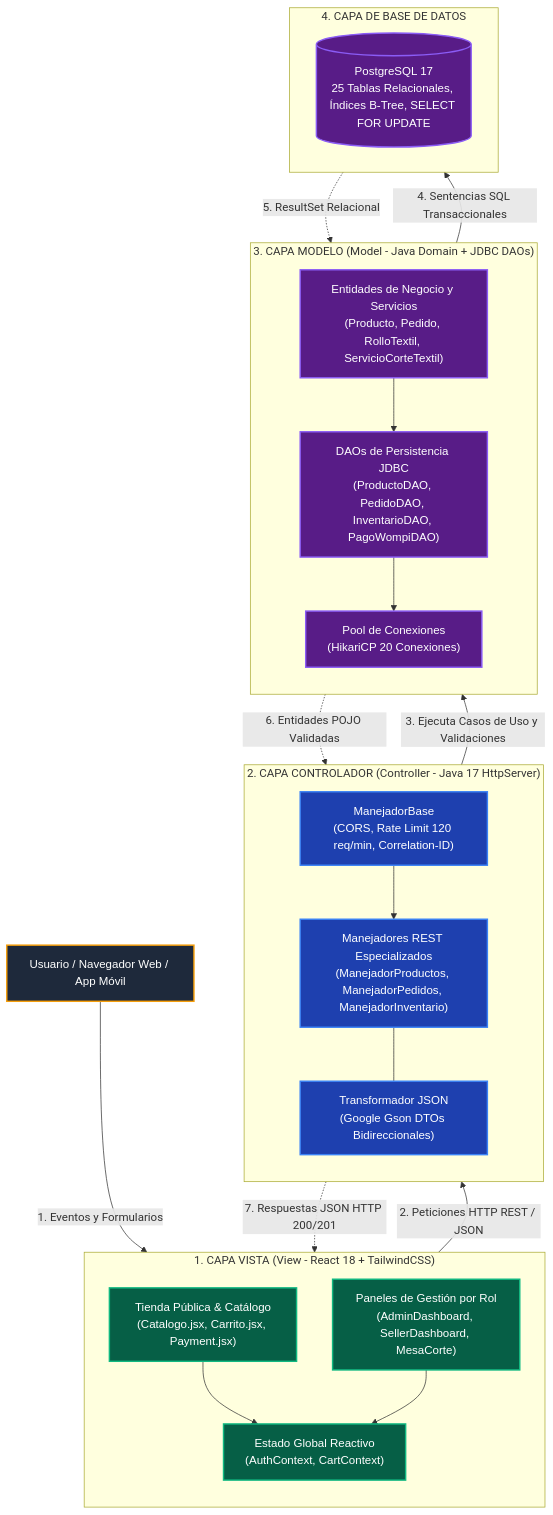
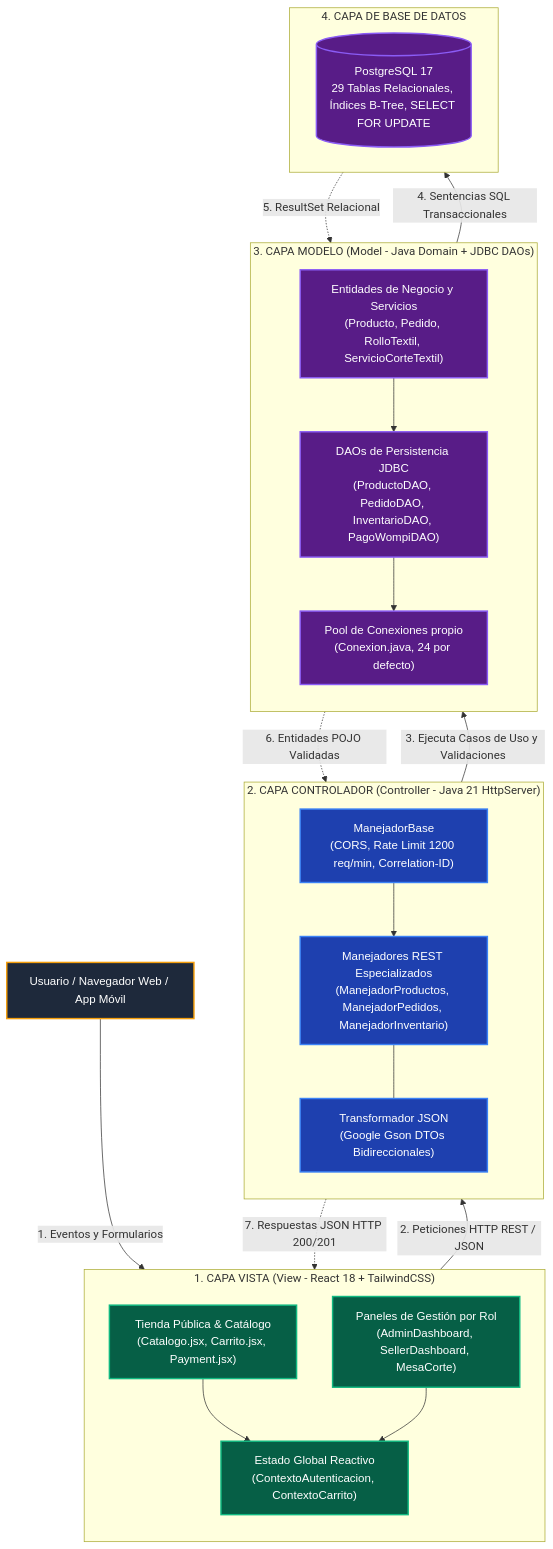
The first of 2 diagrams in documentacion/04-base-de-datos-diseno-y-esquema.md (Jhonmoreno000/PROYECTO-SENA-TIENDA-TEXTIL-), drawn with Mermaid before and after one commit. The commit also changed other lines of this file and 55 other files, not shown here.

Commit message:
docs: rehacer documentacion, diagramas, contrato OpenAPI y matriz v3 segun el codigo de main (#39)

````diff
--- a/documentacion/04-base-de-datos-diseno-y-esquema.md
+++ b/documentacion/04-base-de-datos-diseno-y-esquema.md
@@ -436,49 +658,49 @@
 ```mermaid
 flowchart TD
     classDef vistaStyle fill:#065f46,stroke:#10b981,stroke-width:2px,color:#ffffff,font-family:sans-serif;
     classDef controllerStyle fill:#1e40af,stroke:#3b82f6,stroke-width:2px,color:#ffffff,font-family:sans-serif;
     classDef modelStyle fill:#581c87,stroke:#8b5cf6,stroke-width:2px,color:#ffffff,font-family:sans-serif;
     classDef actorStyle fill:#1e293b,stroke:#f59e0b,stroke-width:2px,color:#ffffff,font-family:sans-serif;
 
     User["Usuario / Navegador Web / App Móvil"]:::actorStyle
 
     subgraph VISTA ["1. CAPA VISTA (View - React 18 + TailwindCSS)"]
         direction TB
         UI_Store["Tienda Pública & Catálogo<br/>(Catalogo.jsx, Carrito.jsx, Payment.jsx)"]:::vistaStyle
         UI_Admin["Paneles de Gestión por Rol<br/>(AdminDashboard, SellerDashboard, MesaCorte)"]:::vistaStyle
-        UI_Context["Estado Global Reactivo<br/>(AuthContext, CartContext)"]:::vistaStyle
+        UI_Context["Estado Global Reactivo<br/>(ContextoAutenticacion, ContextoCarrito)"]:::vistaStyle
         UI_Store --> UI_Context
         UI_Admin --> UI_Context
     end
 
-    subgraph CONTROLADOR ["2. CAPA CONTROLADOR (Controller - Java 17 HttpServer)"]
+    subgraph CONTROLADOR ["2. CAPA CONTROLADOR (Controller - Java 21 HttpServer)"]
         direction TB
-        BaseHandler["ManejadorBase<br/>(CORS, Rate Limit 120 req/min, Correlation-ID)"]:::controllerStyle
+        BaseHandler["ManejadorBase<br/>(CORS, Rate Limit 1200 req/min, Correlation-ID)"]:::controllerStyle
         Handlers["Manejadores REST Especializados<br/>(ManejadorProductos, ManejadorPedidos, ManejadorInventario)"]:::controllerStyle
         Gson["Transformador JSON<br/>(Google Gson DTOs Bidireccionales)"]:::controllerStyle
         BaseHandler --> Handlers
         Handlers --- Gson
     end
 
     subgraph MODELO ["3. CAPA MODELO (Model - Java Domain + JDBC DAOs)"]
         direction TB
         Domain["Entidades de Negocio y Servicios<br/>(Producto, Pedido, RolloTextil, ServicioCorteTextil)"]:::modelStyle
         DAOs["DAOs de Persistencia JDBC<br/>(ProductoDAO, PedidoDAO, InventarioDAO, PagoWompiDAO)"]:::modelStyle
-        Hikari["Pool de Conexiones<br/>(HikariCP 20 Conexiones)"]:::modelStyle
+        PoolCon["Pool de Conexiones propio<br/>(Conexion.java, 24 por defecto)"]:::modelStyle
         Domain --> DAOs
-        DAOs --> Hikari
+        DAOs --> PoolCon
     end
 
     subgraph PERSISTENCIA ["4. CAPA DE BASE DE DATOS"]
-        Postgres[("PostgreSQL 17<br/>25 Tablas Relacionales, Índices B-Tree, SELECT FOR UPDATE")]:::modelStyle
+        Postgres[("PostgreSQL 17<br/>29 Tablas Relacionales, Índices B-Tree, SELECT FOR UPDATE")]:::modelStyle
     end
 
     %% Flujo ordenado de capas
     User -->|"1. Eventos y Formularios"| VISTA
     VISTA -->|"2. Peticiones HTTP REST / JSON"| CONTROLADOR
     CONTROLADOR -->|"3. Ejecuta Casos de Uso y Validaciones"| MODELO
     MODELO -->|"4. Sentencias SQL Transaccionales"| PERSISTENCIA
     PERSISTENCIA -.->|"5. ResultSet Relacional"| MODELO
     MODELO -.->|"6. Entidades POJO Validadas"| CONTROLADOR
     CONTROLADOR -.->|"7. Respuestas JSON HTTP 200/201"| VISTA
 ```
````
